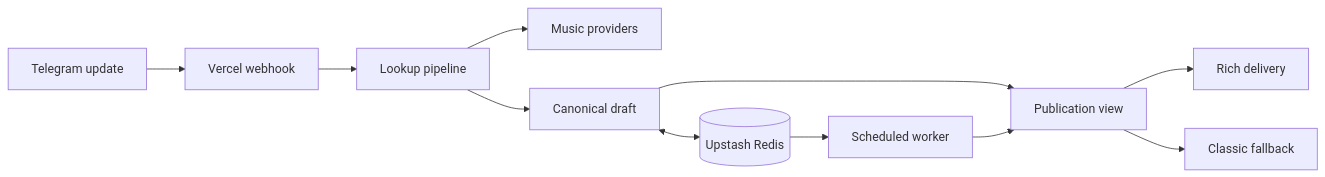
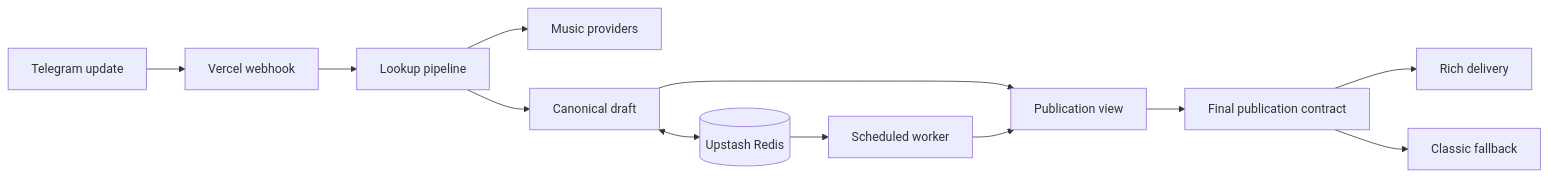
The diagram in README.md (StonerHand/stonerhand-soundlinks-bot), drawn with Mermaid before and after one commit. The commit also changed other lines of this file and 25 other files, not shown here.

Commit message:
release: add final publication contract and smoke gate

````diff
--- a/README.md
+++ b/README.md
@@ -103,13 +105,14 @@
 ```mermaid
 flowchart LR
     U[Telegram update] --> W[Vercel webhook]
     W --> P[Lookup pipeline]
     P --> S[Music providers]
     P --> D[Canonical draft]
     D --> V[Publication view]
-    V --> R[Rich delivery]
-    V --> C[Classic fallback]
+    V --> G[Final publication contract]
+    G --> R[Rich delivery]
+    G --> C[Classic fallback]
     D <--> K[(Upstash Redis)]
     K --> Q[Scheduled worker]
     Q --> V
 ```
````
